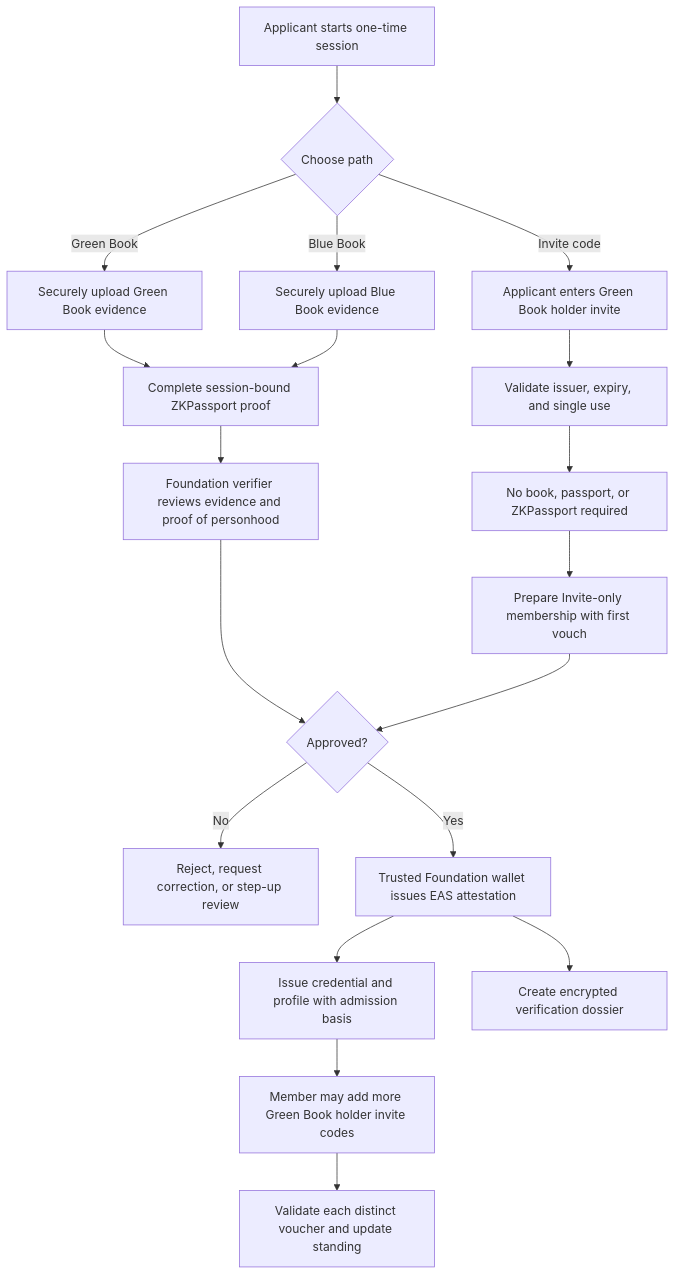
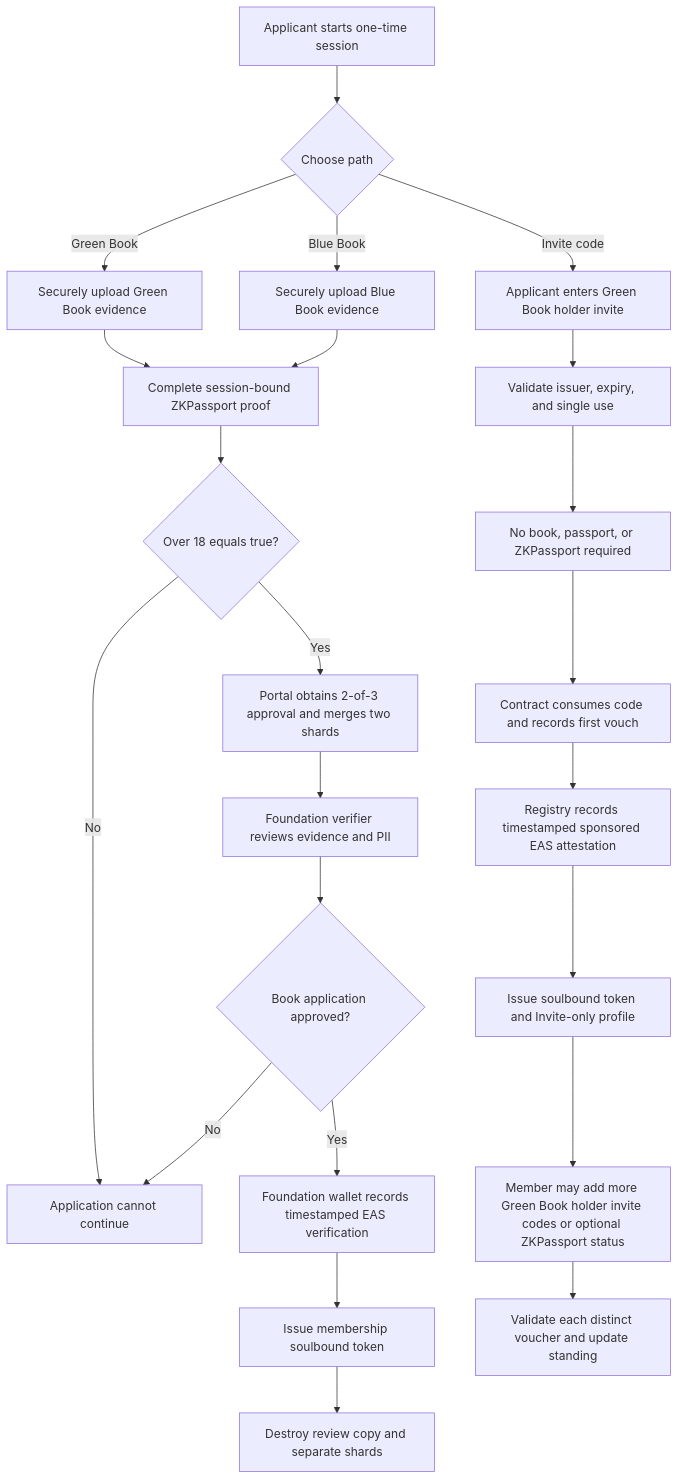
Before and after one commit to AlexJupiter/tibetan-id: the second of 6 diagrams in README.md, drawn with Mermaid. The commit also changed other lines of this file, not shown here.

Commit message:
Clarify verifier portal and independent invite flow

````diff
--- a/README.md
+++ b/README.md
@@ -100,25 +104,28 @@
 ```mermaid
 flowchart TD
     A[Applicant starts one-time session] --> B{Choose path}
 
     B -->|Green Book| C[Securely upload Green Book evidence]
     B -->|Blue Book| D[Securely upload Blue Book evidence]
     C --> E[Complete session-bound ZKPassport proof]
     D --> E
-    E --> F[Foundation verifier reviews evidence and proof of personhood]
+    E --> F{Over 18 equals true?}
+    F -->|No| L[Application cannot continue]
+    F -->|Yes| R[Portal obtains 2-of-3 approval and merges two shards]
+    R --> S[Foundation verifier reviews evidence and PII]
+    S --> T{Book application approved?}
+    T -->|No| L
+    T -->|Yes| U[Foundation wallet records timestamped EAS verification]
+    U --> V[Issue membership soulbound token]
+    V --> W[Destroy review copy and separate shards]
 
     B -->|Invite code| G[Applicant enters Green Book holder invite]
     G --> H[Validate issuer, expiry, and single use]
     H --> I[No book, passport, or ZKPassport required]
-    I --> J[Prepare Invite-only membership with first vouch]
+    I --> J[Contract consumes code and records first vouch]
+    J --> M[Registry records timestamped sponsored EAS attestation]
+    M --> N[Issue soulbound token and Invite-only profile]
 
-    F --> K{Approved?}
-    J --> K
-    K -->|No| L[Reject, request correction, or step-up review]
-    K -->|Yes| M[Trusted Foundation wallet issues EAS attestation]
-    M --> N[Issue credential and profile with admission basis]
-    M --> O[Create encrypted verification dossier]
-
-    N --> P[Member may add more Green Book holder invite codes]
+    N --> P[Member may add more Green Book holder invite codes or optional ZKPassport status]
     P --> Q[Validate each distinct voucher and update standing]
 ```
````
